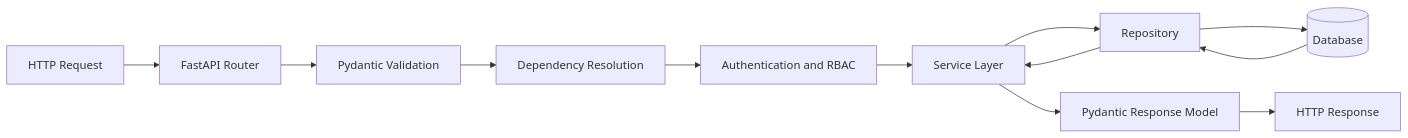
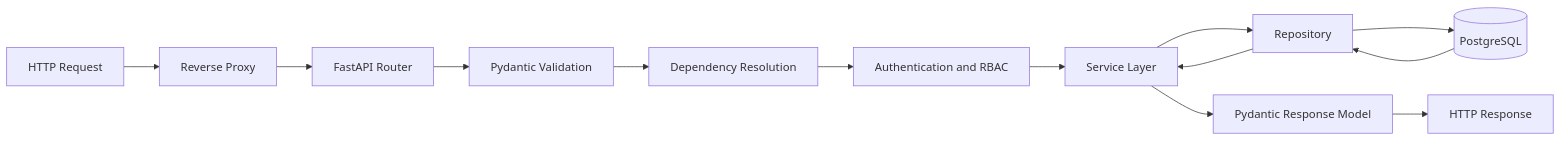
One commit to fariskishtah/enterprise-ai-platform changed the fourth of 10 diagrams in docs/architecture.md. Above: the diagram before and after it, drawn with Mermaid. The commit also changed other lines of this file and 3 other files, not shown here.

````diff
--- a/docs/architecture.md
+++ b/docs/architecture.md
@@ -102,14 +185,15 @@
 ```mermaid
 flowchart LR
-    Request[HTTP Request] --> Router[FastAPI Router]
+    Request[HTTP Request] --> Proxy[Reverse Proxy]
+    Proxy --> Router[FastAPI Router]
     Router --> Validation[Pydantic Validation]
     Validation --> DI[Dependency Resolution]
     DI --> RBAC[Authentication and RBAC]
     RBAC --> Service[Service Layer]
     Service --> Repo[Repository]
-    Repo --> DB[(Database)]
+    Repo --> DB[(PostgreSQL)]
     DB --> Repo
     Repo --> Service
     Service --> ResponseModel[Pydantic Response Model]
     ResponseModel --> Client[HTTP Response]
 ```
````
